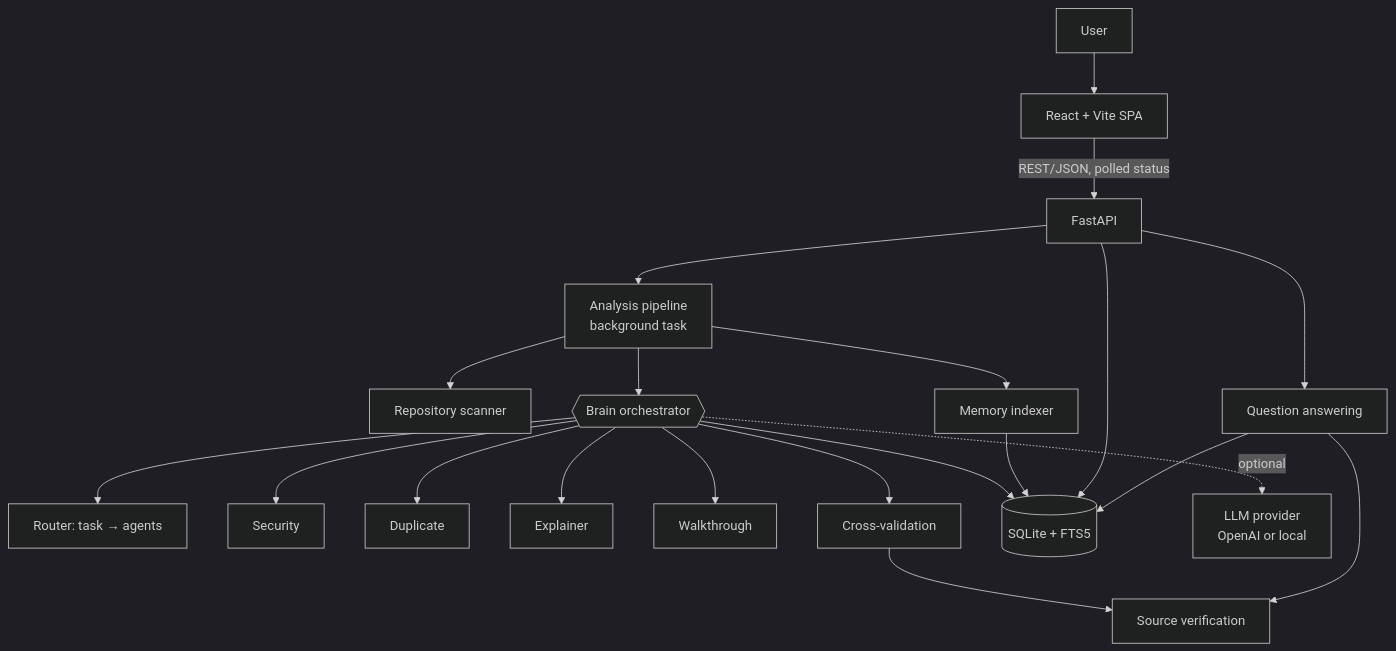
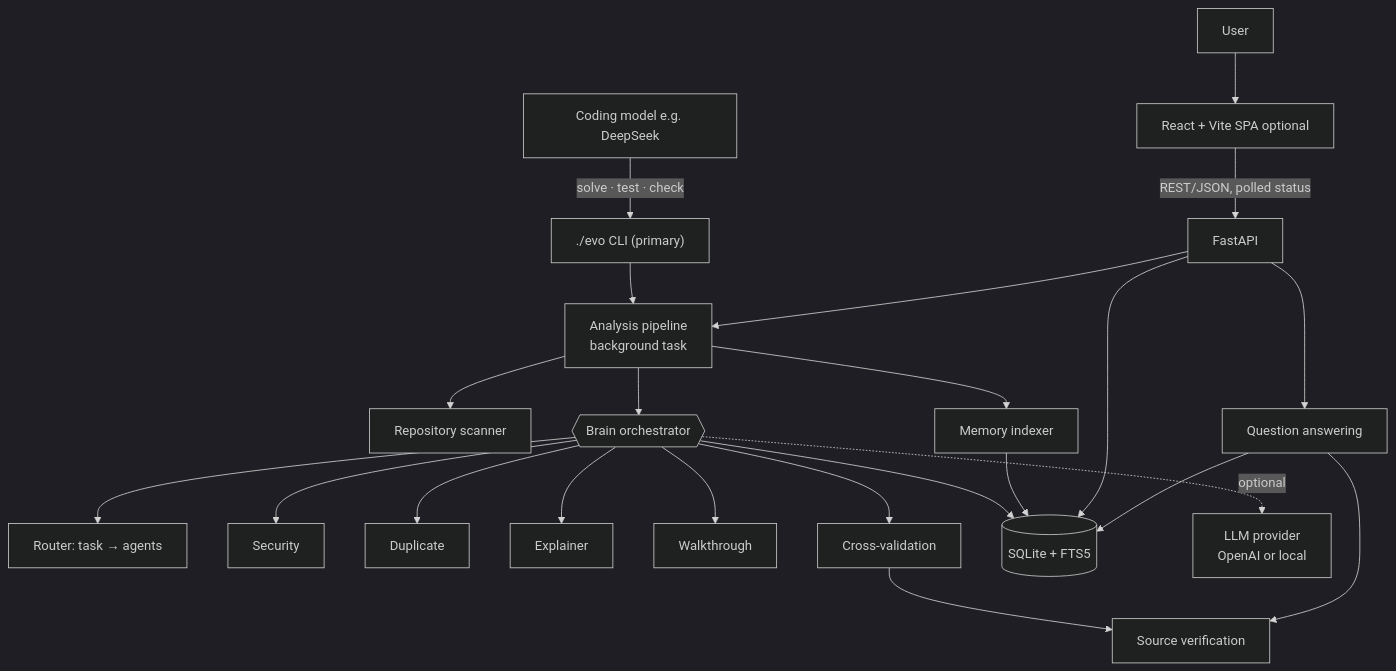
Before and after one commit to rakshak7879-bit/EvoCode-: the first of 5 diagrams in ARCHITECTURE.md, drawn with Mermaid (dark theme). The commit also changed other lines of this file and 46 other files, not shown here.

First line of the commit message:
Add CLI-first multi-level orchestration, fixing and a solve harness

````diff
--- a/ARCHITECTURE.md
+++ b/ARCHITECTURE.md
@@ -7,23 +16,25 @@
 ```mermaid
 flowchart TD
-    User --> Frontend[React + Vite SPA]
+    Terminal["./evo CLI (primary)"] --> Pipeline
+    Model[Coding model e.g. DeepSeek] -- solve · test · check --> Terminal
+    User --> Frontend[React + Vite SPA optional]
     Frontend -- REST/JSON, polled status --> API[FastAPI]
     API --> Pipeline[Analysis pipeline<br/>background task]
     Pipeline --> Scanner[Repository scanner]
     Pipeline --> Indexer[Memory indexer]
     Pipeline --> Brain{{Brain orchestrator}}
     Brain --> Router[Router: task → agents]
     Brain --> Security
     Brain --> Duplicate
     Brain --> Explainer
     Brain --> Walkthrough
     Brain --> XV[Cross-validation]
     XV --> Verify[Source verification]
     Brain --> Memory[(SQLite + FTS5)]
     Indexer --> Memory
     API --> Memory
     API --> QA[Question answering]
     QA --> Memory
     QA --> Verify
     Brain -. optional .-> LLM[LLM provider<br/>OpenAI or local]
 ```
````
